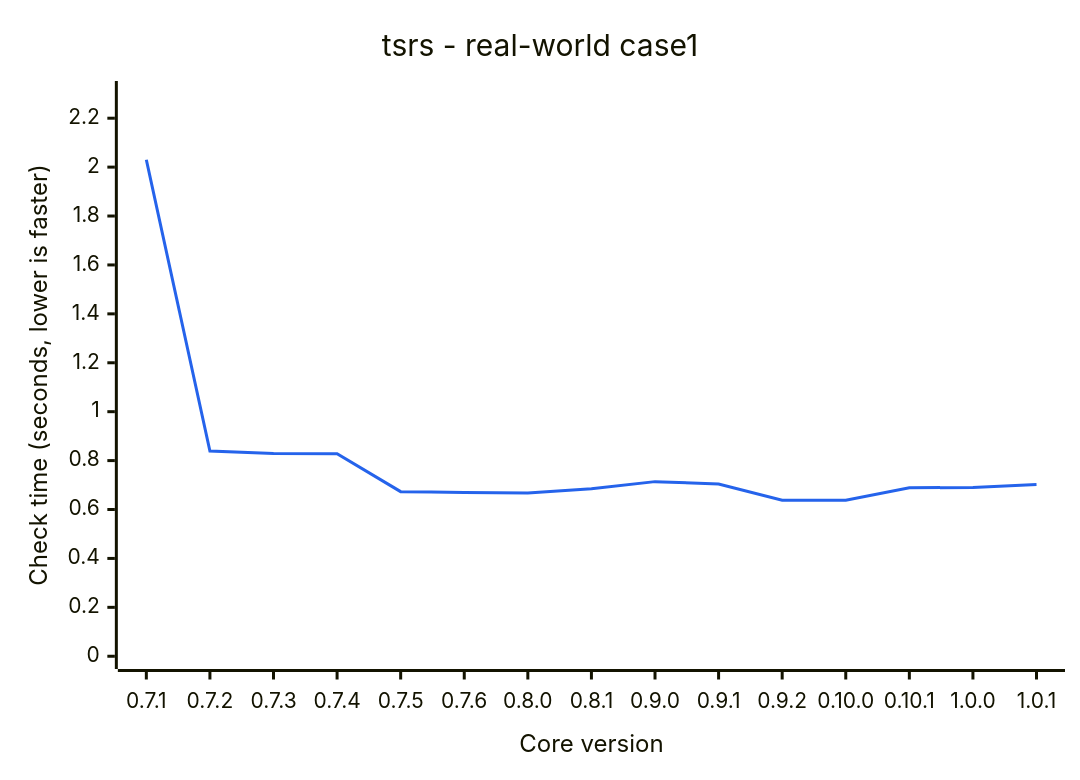
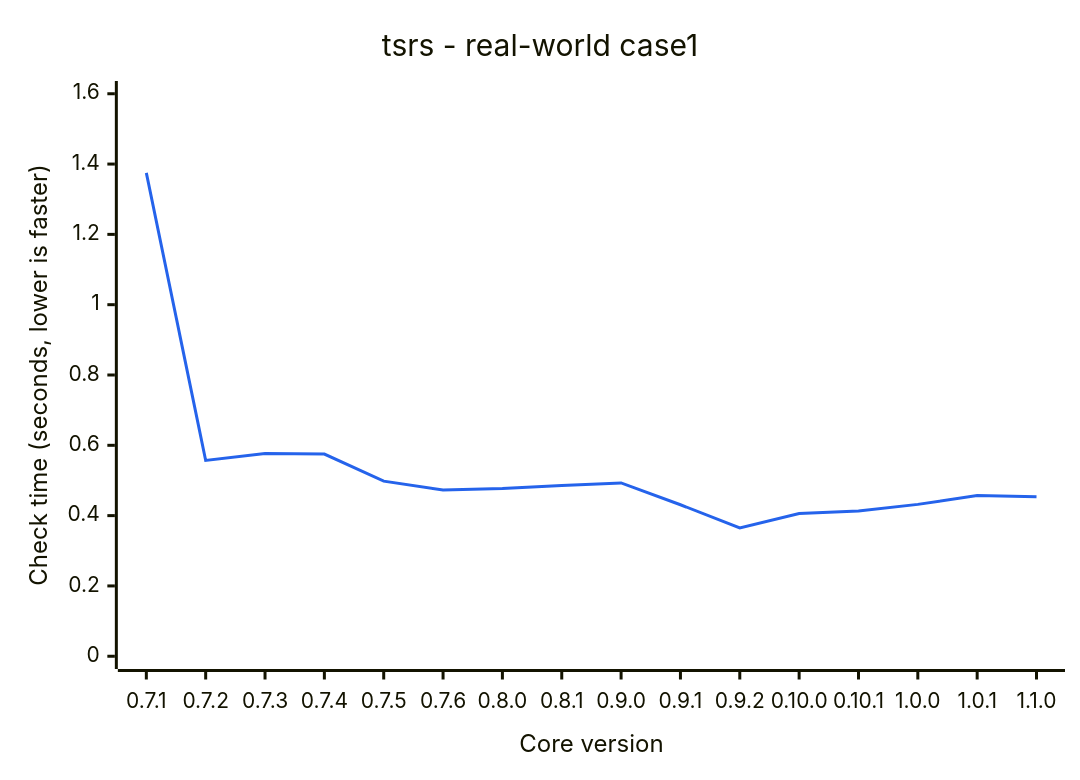
The diagram in README.md (ismailkarsli/TypeSQL), drawn with Mermaid before and after one commit. The commit also changed other lines of this file and 25 other files, not shown here.

````diff
--- a/README.md
+++ b/README.md
@@ -72,13 +72,13 @@
 ```mermaid
 ---
 config:
   themeVariables:
     xyChart:
       plotColorPalette: "#2563eb"
 ---
 xychart-beta
     title "tsrs - real-world case1"
-    x-axis "Core version" ["0.7.1", "0.7.2", "0.7.3", "0.7.4", "0.7.5", "0.7.6", "0.8.0", "0.8.1", "0.9.0", "0.9.1", "0.9.2", "0.10.0", "0.10.1", "1.0.0", "1.0.1"]
-    y-axis "Check time (seconds, lower is faster)" 0 --> 2.3
-    line [2.03, 0.839, 0.829, 0.828, 0.673, 0.67, 0.668, 0.685, 0.714, 0.704, 0.638, 0.638, 0.689, 0.69, 0.702]
+    x-axis "Core version" ["0.7.1", "0.7.2", "0.7.3", "0.7.4", "0.7.5", "0.7.6", "0.8.0", "0.8.1", "0.9.0", "0.9.1", "0.9.2", "0.10.0", "0.10.1", "1.0.0", "1.0.1", "1.1.0"]
+    y-axis "Check time (seconds, lower is faster)" 0 --> 1.6
+    line [1.375, 0.557, 0.577, 0.575, 0.498, 0.473, 0.477, 0.486, 0.493, 0.431, 0.365, 0.406, 0.413, 0.432, 0.457, 0.454]
 ```
````
